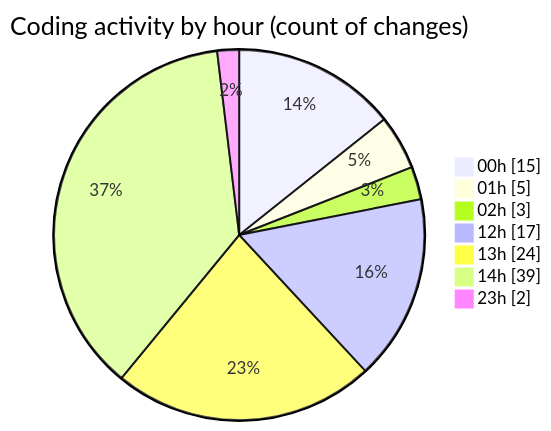
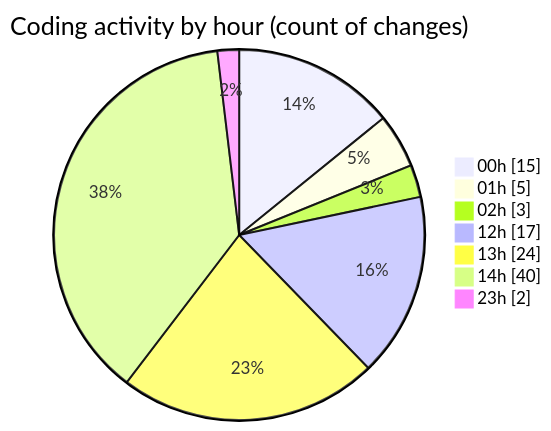
The second of 2 diagrams in 2025-08-13/rentotp/README.md (lephambinh05/code-tracking), drawn with Mermaid before and after one commit. The commit also changed other lines of this file and 1 other file, not shown here.

````diff
--- a/2025-08-13/rentotp/README.md
+++ b/2025-08-13/rentotp/README.md
@@ -46,11 +46,11 @@
 ```mermaid
 pie showData
 title Coding activity by hour (count of changes)
 "00h" : 15
 "01h" : 5
 "02h" : 3
 "12h" : 17
 "13h" : 24
-"14h" : 39
+"14h" : 40
 "23h" : 2
 ```
````
